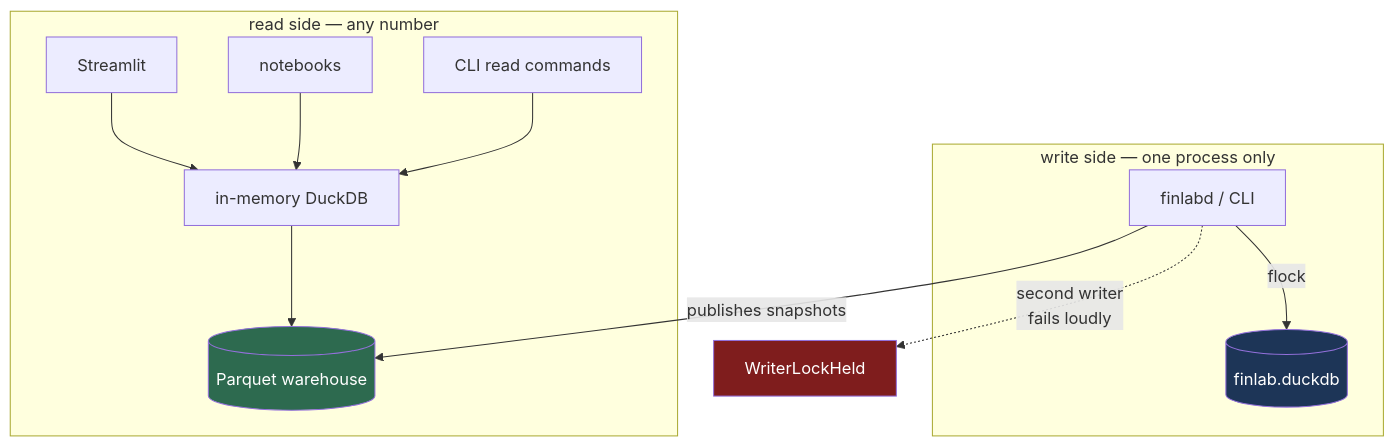
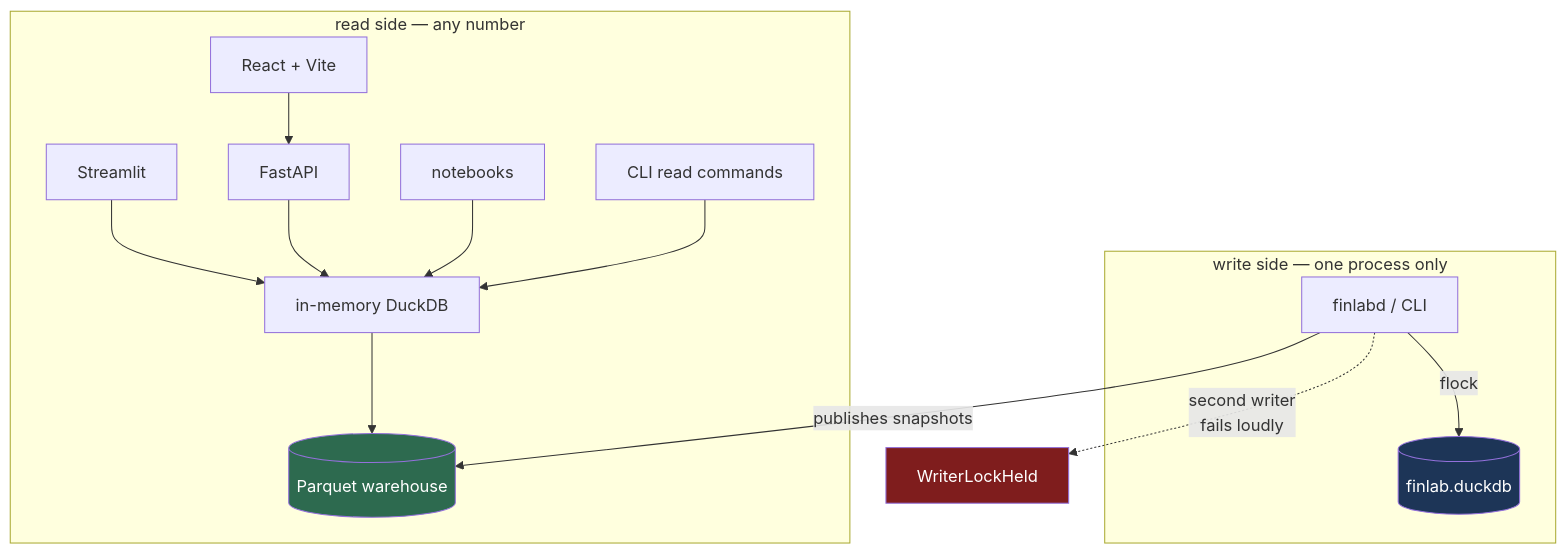
The third of 5 diagrams in README.md (magicmaxmagic/finance_advisor), drawn with Mermaid before and after one commit. The commit also changed other lines of this file and 43 other files, not shown here.

Commit message:
init: architecture of the 3 tier app

````diff
--- a/README.md
+++ b/README.md
@@ -166,18 +170,20 @@
 ```mermaid
 flowchart TD
     subgraph W["write side — one process only"]
         D["finlabd / CLI"] -->|"flock"| DB[("finlab.duckdb")]
     end
     subgraph R["read side — any number"]
-        UI["Streamlit"] --> MEM["in-memory DuckDB"]
+        WEB["React + Vite"] --> API["FastAPI"]
+        STREAMLIT["Streamlit"] --> MEM["in-memory DuckDB"]
+        API --> MEM
         NB["notebooks"] --> MEM
         CLI["CLI read commands"] --> MEM
         MEM --> PQ[("Parquet warehouse")]
     end
     D -->|"publishes snapshots"| PQ
     D -.->|"second writer<br/>fails loudly"| X["WriterLockHeld"]
 
     style DB fill:#1d3557,color:#fff
     style PQ fill:#2d6a4f,color:#fff
     style X fill:#7f1d1d,color:#fff
 ```
````
